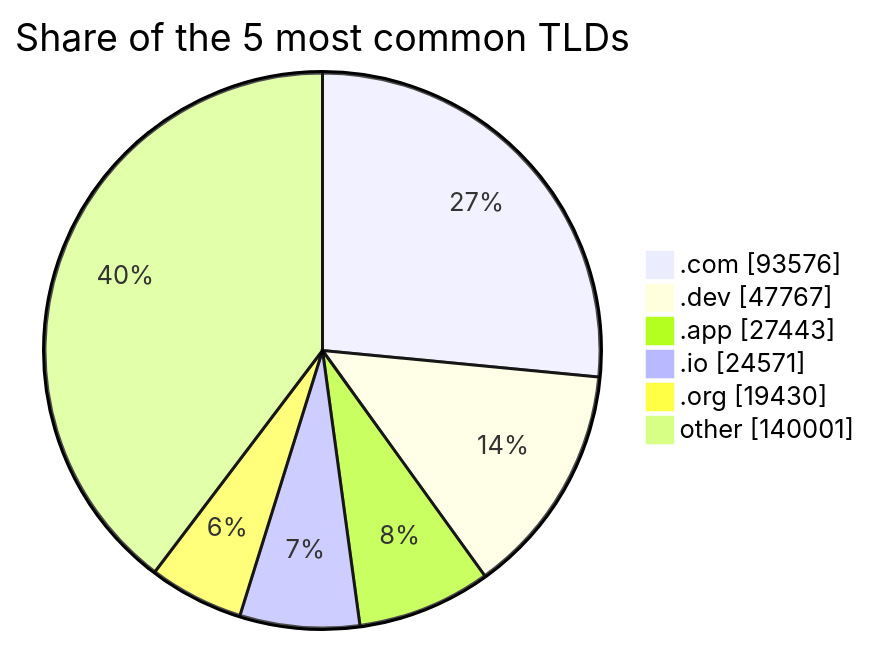
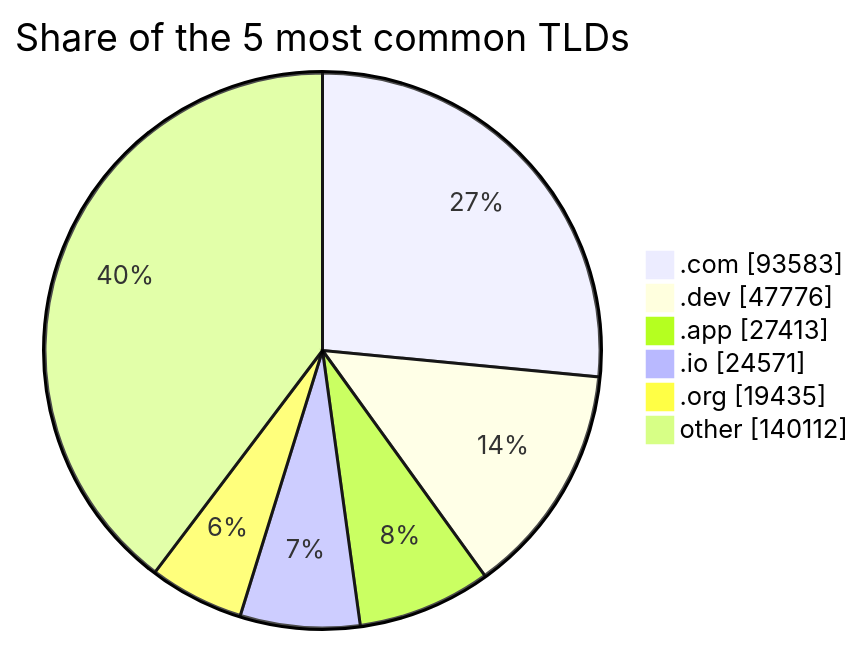
The third of 3 diagrams in README.md (DNSBunker/CTI), drawn with Mermaid before and after one commit. The commit also changed other lines of this file and 3 other files, not shown here.

````diff
--- a/README.md
+++ b/README.md
@@ -81,9 +81,9 @@
 ```mermaid
 pie showData title Share of the 5 most common TLDs
-    ".com" : 93576
-    ".dev" : 47767
-    ".app" : 27443
+    ".com" : 93583
+    ".dev" : 47776
+    ".app" : 27413
     ".io" : 24571
-    ".org" : 19430
-    "other" : 140001
+    ".org" : 19435
+    "other" : 140112
 ```
````
